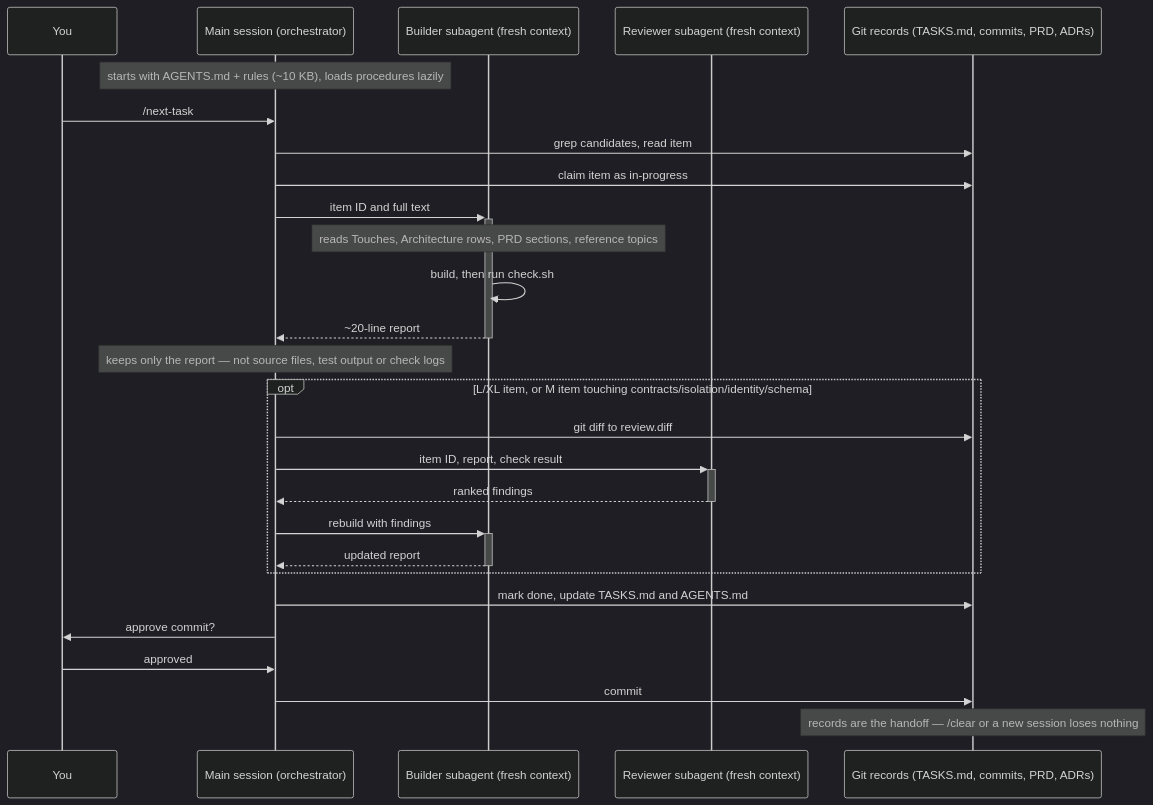
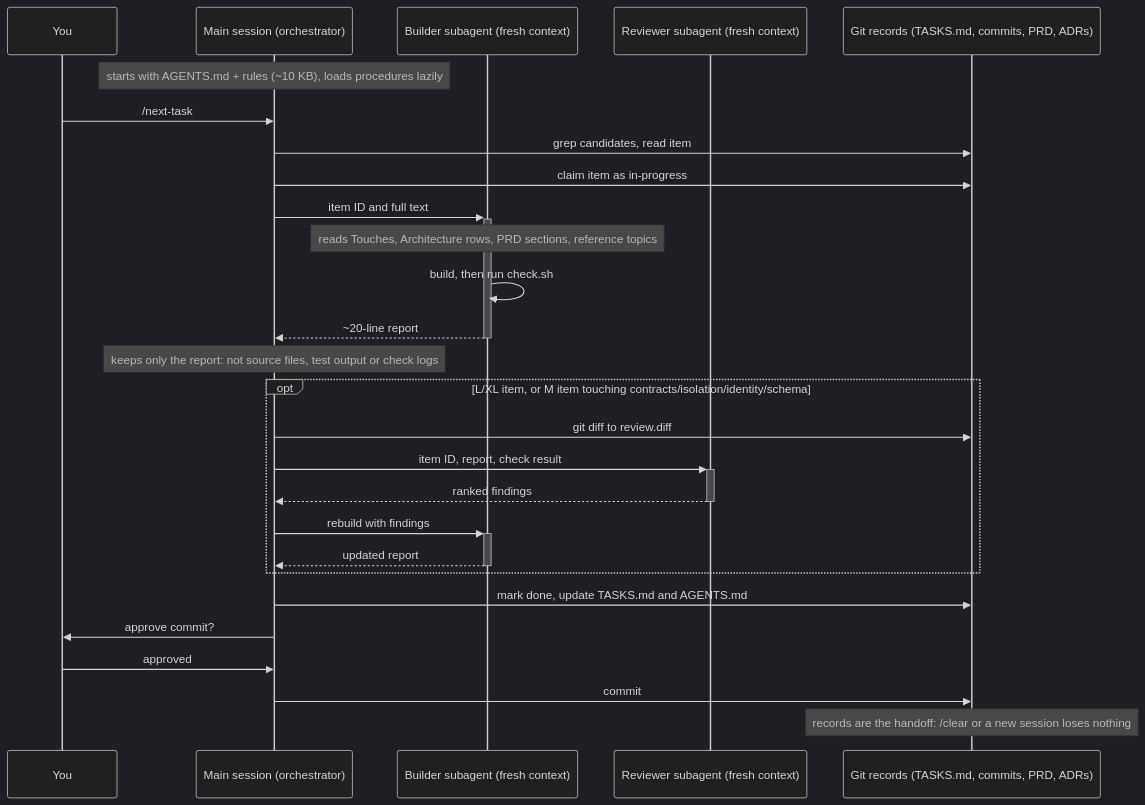
One commit to Freakling/SaaSAllTheThings changed the diagram in README.md. Above: the diagram before and after it, drawn with Mermaid (dark theme). The commit also changed other lines of this file and 61 other files, not shown here.

````diff
--- a/README.md
+++ b/README.md
@@ -212,34 +212,34 @@
 ```mermaid
 sequenceDiagram
     participant H as You
     participant M as Main session (orchestrator)
     participant B as Builder subagent (fresh context)
     participant Rev as Reviewer subagent (fresh context)
     participant R as Git records (TASKS.md, commits, PRD, ADRs)
 
     Note over M: starts with AGENTS.md + rules (~10 KB), loads procedures lazily
 
     H->>M: /next-task
     M->>R: grep candidates, read item
     M->>R: claim item as in-progress
     M->>+B: item ID and full text
     Note over B: reads Touches, Architecture rows, PRD sections, reference topics
     B->>B: build, then run check.sh
     B-->>-M: ~20-line report
-    Note over M: keeps only the report — not source files, test output or check logs
+    Note over M: keeps only the report: not source files, test output or check logs
 
     opt L/XL item, or M item touching contracts/isolation/identity/schema
         M->>R: git diff to review.diff
         M->>+Rev: item ID, report, check result
         Rev-->>-M: ranked findings
         M->>+B: rebuild with findings
         B-->>-M: updated report
     end
 
     M->>R: mark done, update TASKS.md and AGENTS.md
     M->>H: approve commit?
     H->>M: approved
     M->>R: commit
 
-    Note over R: records are the handoff — /clear or a new session loses nothing
+    Note over R: records are the handoff: /clear or a new session loses nothing
 ```
````
